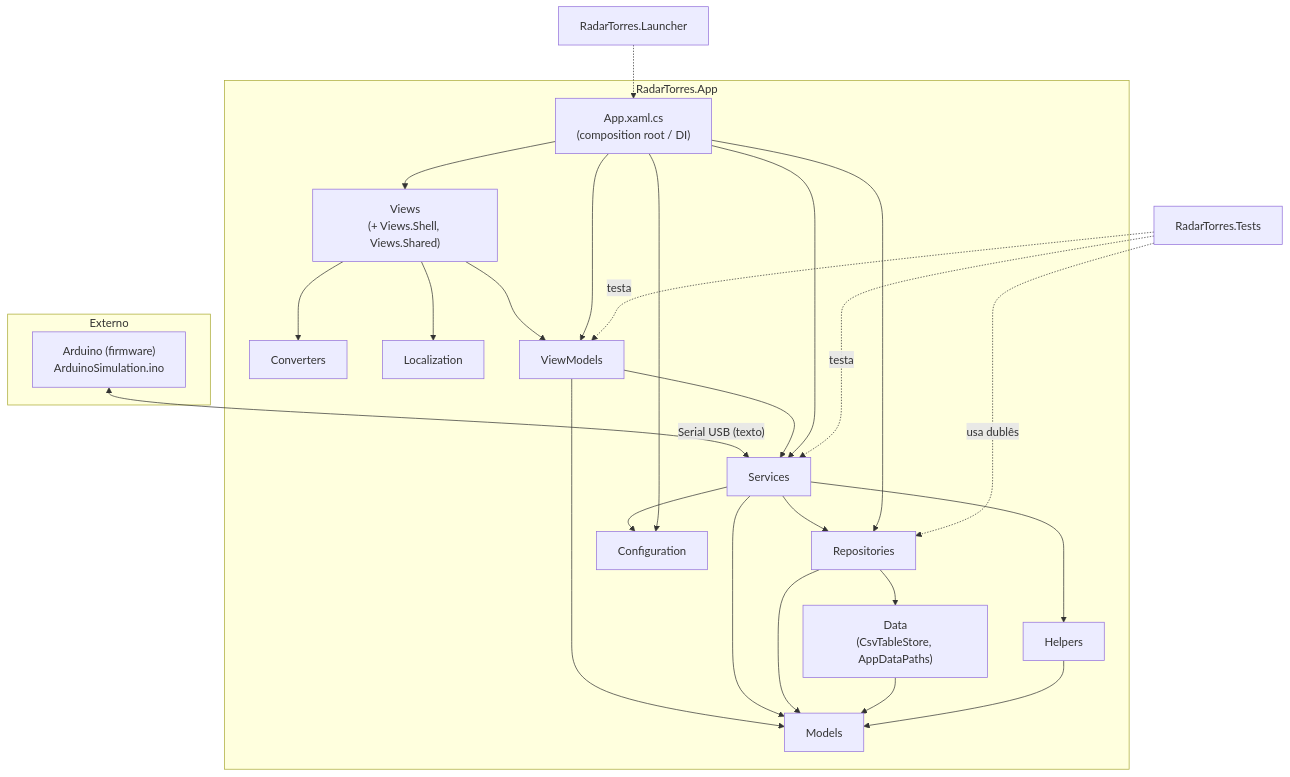
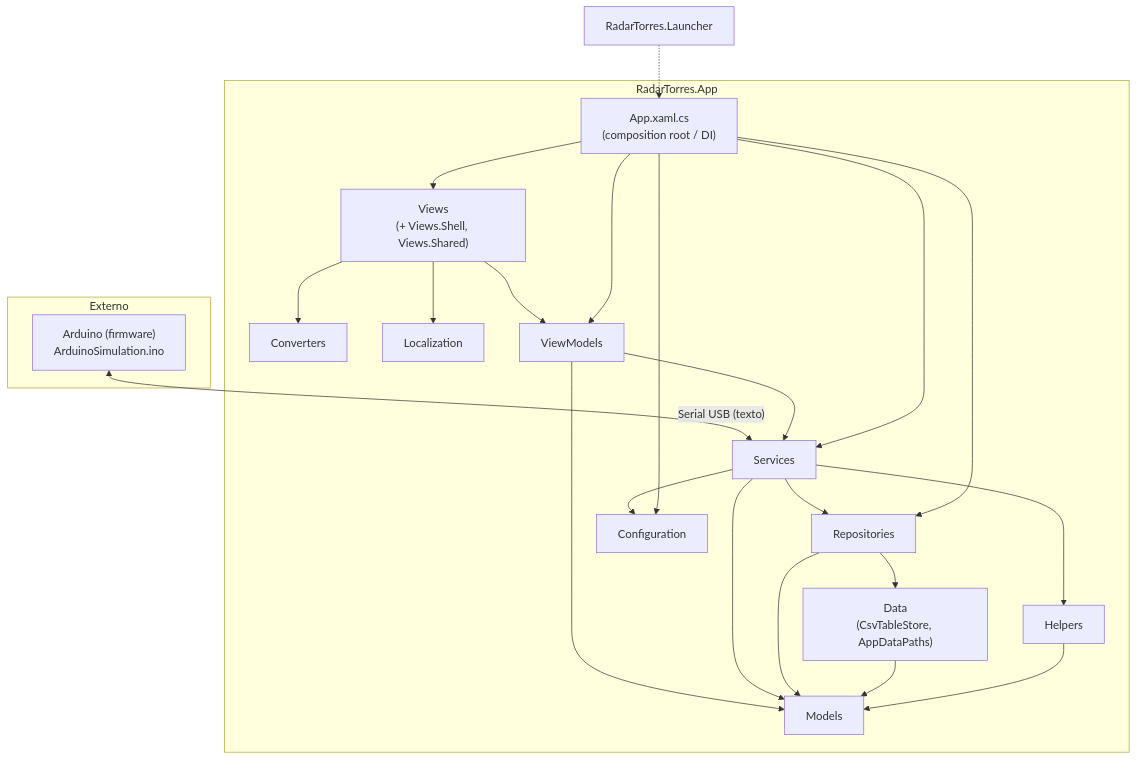
Before and after one commit to Matheus-Emanoel-Souza/Sistema_Rastreamento_Alvos_Arduino: the diagram in Docs/Documentos_Entregaveis/UML/Diagrama_de_Pacotes.md, drawn with Mermaid. The commit also changed other lines of this file and 14 other files, not shown here.

````diff
--- a/Docs/Documentos_Entregaveis/UML/Diagrama_de_Pacotes.md
+++ b/Docs/Documentos_Entregaveis/UML/Diagrama_de_Pacotes.md
@@ -36,49 +35,45 @@
 ```mermaid
 flowchart TB
     subgraph EXT["Externo"]
         ARDUINO["Arduino (firmware)\nArduinoSimulation.ino"]
     end
 
     subgraph APP["RadarTorres.App"]
         VIEWS["Views\n(+ Views.Shell, Views.Shared)"]
         CONV["Converters"]
         LOC["Localization"]
         VM["ViewModels"]
         SVC["Services"]
         REPO["Repositories"]
         DATA["Data\n(CsvTableStore, AppDataPaths)"]
         MODELS["Models"]
         HELP["Helpers"]
         CFG["Configuration"]
         ROOT["App.xaml.cs\n(composition root / DI)"]
     end
 
     LAUNCHER["RadarTorres.Launcher"]
-    TESTS["RadarTorres.Tests"]
 
     ARDUINO <-- "Serial USB (texto)" --> SVC
 
     VIEWS --> VM
     VIEWS --> CONV
     VIEWS --> LOC
     VM --> SVC
     VM --> MODELS
     SVC --> MODELS
     SVC --> REPO
     SVC --> CFG
     REPO --> DATA
     REPO --> MODELS
     DATA --> MODELS
     HELP --> MODELS
     SVC --> HELP
     ROOT --> VIEWS
     ROOT --> VM
     ROOT --> SVC
     ROOT --> REPO
     ROOT --> CFG
 
     LAUNCHER -.-> ROOT
-    TESTS -.->|testa| SVC
-    TESTS -.->|testa| VM
-    TESTS -.->|usa dublês| REPO
 ```
````
